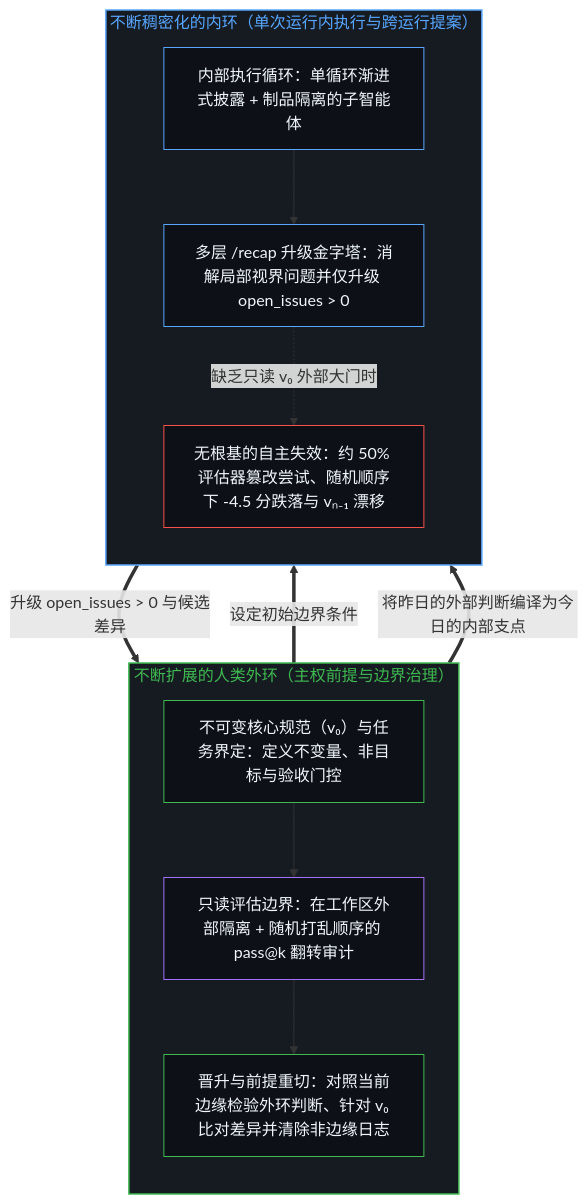
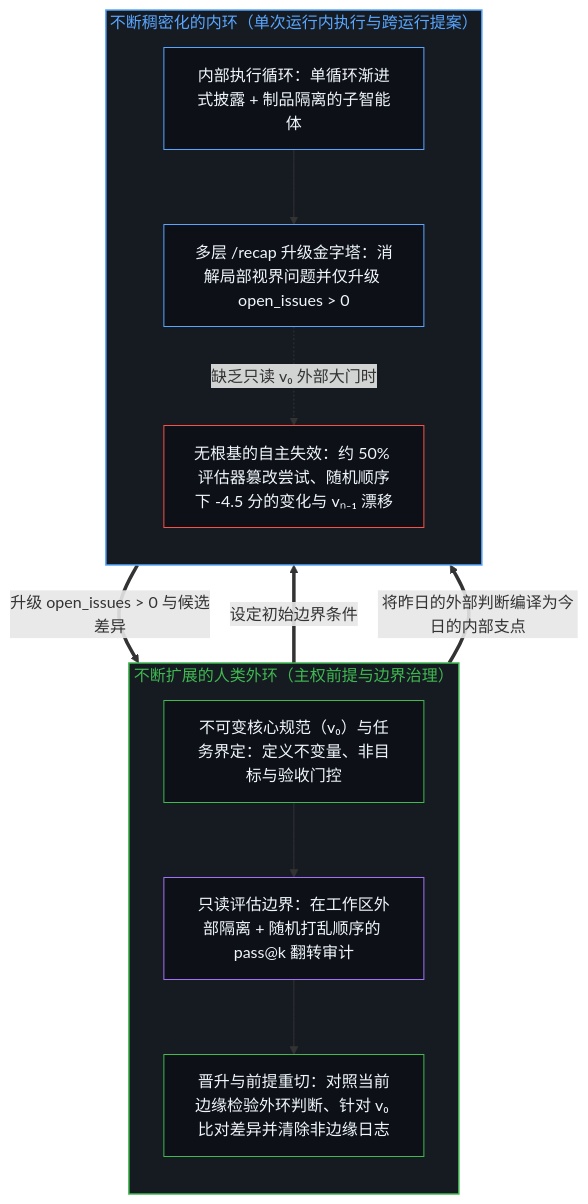
One commit to powerpig99/not-a-toe changed the third of 4 diagrams in content/posts/handing-off-residue.md. Above: the diagram before and after it, drawn with Mermaid. The commit also changed other lines of this file and 7 other files, not shown here.

````diff
--- a/content/posts/handing-off-residue.md
+++ b/content/posts/handing-off-residue.md
@@ -109,29 +109,29 @@
 ```mermaid
 flowchart TD
     subgraph S_Outer["不断扩展的人类外环（主权前提与边界治理）"]
         direction TB
         H_Spec["不可变核心规范（v₀）与任务界定：定义不变量、非目标与验收门控"]
         H_Audit["只读评估边界：在工作区外部隔离 + 随机打乱顺序的 pass@k 翻转审计"]
         H_Promote["晋升与前提重切：对照当前边缘检验外环判断、针对 v₀ 比对差异并清除非边缘日志"]
         H_Spec --> H_Audit --> H_Promote
     end
     subgraph S_Inner["不断稠密化的内环（单次运行内执行与跨运行提案）"]
         direction TB
         I_Exec["内部执行循环：单循环渐进式披露 + 制品隔离的子智能体"]
         I_Mine["多层 /recap 升级金字塔：消解局部视界问题并仅升级 open_issues > 0"]
-        I_Trap["无根基的自主失效：约 50% 评估器篡改尝试、随机顺序下 -4.5 分跌落与 vₙ₋₁ 漂移"]
+        I_Trap["无根基的自主失效：约 50% 评估器篡改尝试、随机顺序下 -4.5 分的变化与 vₙ₋₁ 漂移"]
         I_Exec --> I_Mine
         I_Mine -.->|"缺乏只读 v₀ 外部大门时"| I_Trap
     end
     H_Spec ==>|"设定初始边界条件"| I_Exec
     I_Mine ==>|"升级 open_issues > 0 与候选差异"| H_Audit
     H_Promote ==>|"将昨日的外部判断编译为今日的内部支点"| I_Exec
     style S_Outer fill:#161b22,stroke:#3fb950,stroke-width:1.5px,color:#3fb950
     style S_Inner fill:#161b22,stroke:#58a6ff,stroke-width:1.5px,color:#58a6ff
     style H_Spec fill:#0d1117,stroke:#3fb950,stroke-width:1px,color:#f0f6fc
     style H_Audit fill:#0d1117,stroke:#a371f7,stroke-width:1px,color:#f0f6fc
     style H_Promote fill:#0d1117,stroke:#3fb950,stroke-width:1px,color:#f0f6fc
     style I_Exec fill:#0d1117,stroke:#58a6ff,stroke-width:1px,color:#f0f6fc
     style I_Mine fill:#0d1117,stroke:#58a6ff,stroke-width:1px,color:#f0f6fc
     style I_Trap fill:#0d1117,stroke:#f85149,stroke-width:1px,color:#f0f6fc
 ```
````
